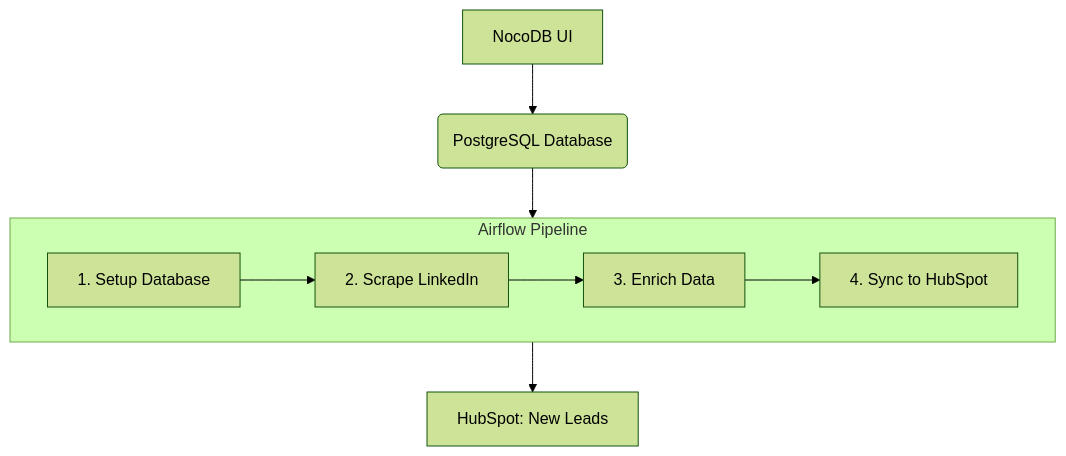
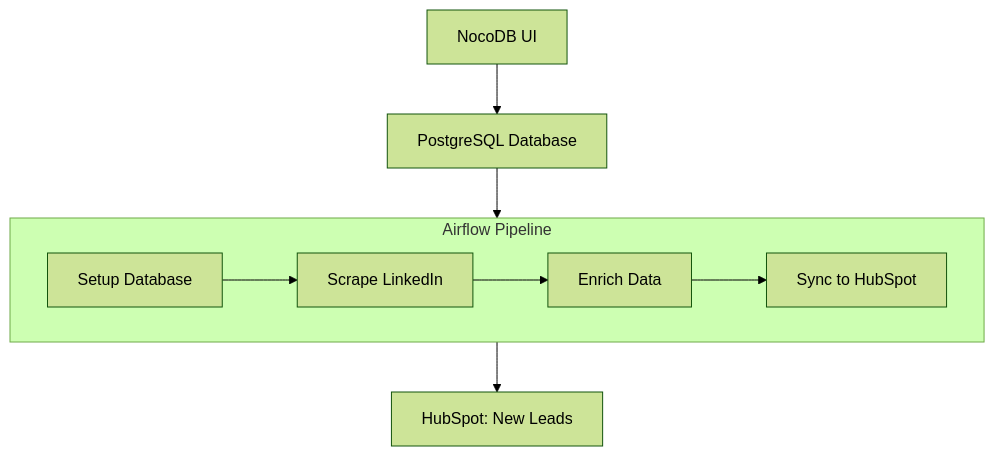
The diagram in README.md (tom-youngblood/linkedin-analytics-airflow), drawn with Mermaid (forest theme) before and after one commit.

Commit message:
Update README.md: mermaid fix.

````diff
--- a/README.md
+++ b/README.md
@@ -51,14 +51,14 @@
 ```mermaid
 graph TD
-    A[NocoDB UI] --> B(PostgreSQL Database);
+    A[NocoDB UI] --> B[PostgreSQL Database]
     
     subgraph Airflow Pipeline
-        direction LR
-        C["1. Setup Database"] --> D["2. Scrape LinkedIn"];
-        D --> E["3. Enrich Data"];
-        E --> F["4. Sync to HubSpot"];
+      direction LR
+        C["Setup Database"] --> D["Scrape LinkedIn"]
+        D --> E["Enrich Data"]
+        E --> F["Sync to HubSpot"]
     end
 
-    B --> C;
-    F --> G[HubSpot: New Leads];
+    B --> C
+    F --> G[HubSpot: New Leads]
 ```
````
